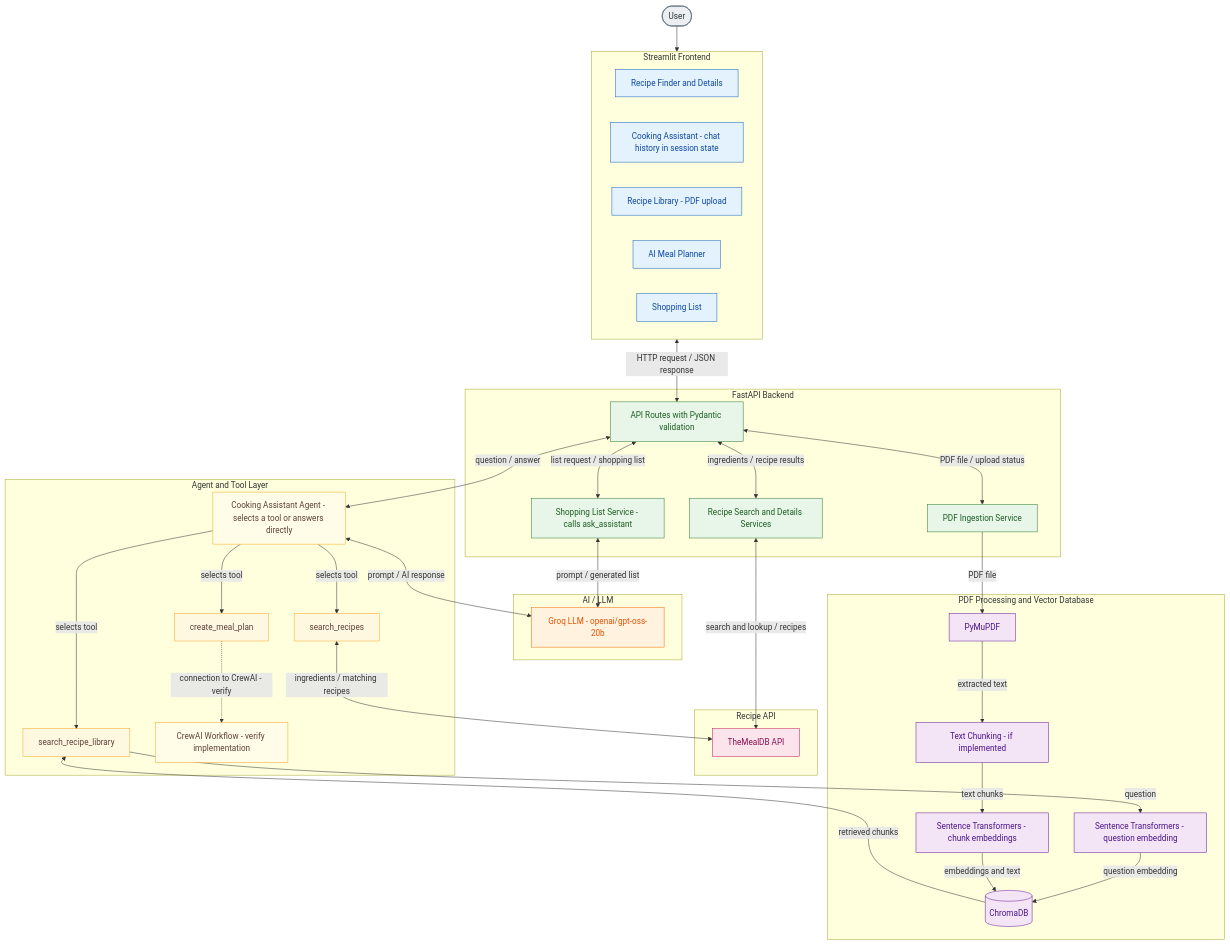
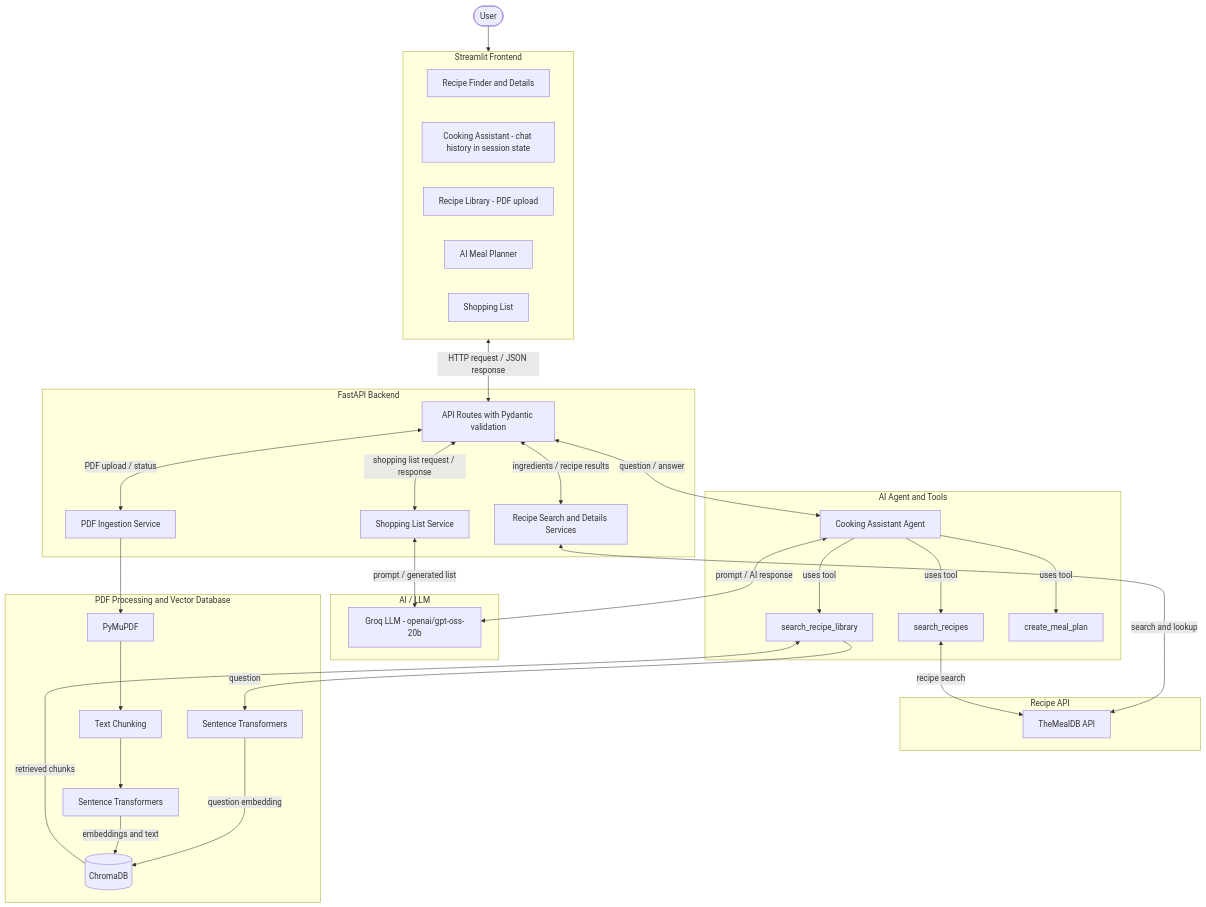
The diagram in sree-lekshmi-h/README.md (mulearngectcr/ai_ig_final_projects), drawn with Mermaid before and after one commit.

````diff
--- a/sree-lekshmi-h/README.md
+++ b/sree-lekshmi-h/README.md
@@ -60,5 +59,5 @@
 ```mermaid
-    flowchart TD
+flowchart TD
     U(["User"])
 
     subgraph FE["Streamlit Frontend"]
@@ -73,15 +72,14 @@
         API["API Routes with Pydantic validation"]
         S1["Recipe Search and Details Services"]
         S4["PDF Ingestion Service"]
-        S7["Shopping List Service - calls ask_assistant"]
+        S7["Shopping List Service"]
     end
 
-    subgraph AGENT["Agent and Tool Layer"]
-        AG["Cooking Assistant Agent - selects a tool or answers directly"]
+    subgraph AGENT["AI Agent and Tools"]
+        AG["Cooking Assistant Agent"]
         T1["search_recipes"]
         T2["search_recipe_library"]
         T3["create_meal_plan"]
-        CREW["CrewAI Workflow - verify implementation"]
     end
 
     subgraph RAPI["Recipe API"]
@@ -94,63 +92,37 @@
 
     subgraph PDFDB["PDF Processing and Vector Database"]
         PYMUPDF["PyMuPDF"]
-        CHUNK["Text Chunking - if implemented"]
-        ST["Sentence Transformers - chunk embeddings"]
-        STQ["Sentence Transformers - question embedding"]
+        CHUNK["Text Chunking"]
+        ST["Sentence Transformers"]
+        STQ["Sentence Transformers"]
         CHROMA[("ChromaDB")]
     end
 
     U --> FE
     FE <-->|"HTTP request / JSON response"| API
 
-    %% Recipe Finder and Details
     API <-->|"ingredients / recipe results"| S1
-    S1 <-->|"search and lookup / recipes"| MEALDB
+    S1 <-->|"search and lookup"| MEALDB
 
-    %% Cooking Assistant
     API <-->|"question / answer"| AG
     AG <-->|"prompt / AI response"| GROQ
-    AG -->|"selects tool"| T1
-    AG -->|"selects tool"| T2
-    AG -->|"selects tool"| T3
 
-    T1 <-->|"ingredients / matching recipes"| MEALDB
+    AG -->|"uses tool"| T1
+    AG -->|"uses tool"| T2
+    AG -->|"uses tool"| T3
 
-    %% PDF Question Answering
+    T1 <-->|"recipe search"| MEALDB
+
     T2 -->|"question"| STQ
     STQ -->|"question embedding"| CHROMA
     CHROMA -->|"retrieved chunks"| T2
 
-    %% Meal Planning - connection needs verification
-    T3 -.->|"connection to CrewAI - verify"| CREW
-
-    %% PDF Upload and Ingestion
-    API <-->|"PDF file / upload status"| S4
-    S4 -->|"PDF file"| PYMUPDF
-    PYMUPDF -->|"extracted text"| CHUNK
-    CHUNK -->|"text chunks"| ST
+    API <-->|"PDF upload / status"| S4
+    S4 --> PYMUPDF
+    PYMUPDF --> CHUNK
+    CHUNK --> ST
     ST -->|"embeddings and text"| CHROMA
 
-    %% Shopping List
-    API <-->|"list request / shopping list"| S7
+    API <-->|"shopping list request / response"| S7
     S7 <-->|"prompt / generated list"| GROQ
-
-    %% Styling
-    classDef user fill:#eceff1,stroke:#455a64,color:#263238
-    classDef frontend fill:#e3f2fd,stroke:#1565c0,color:#0d47a1
-    classDef backend fill:#e8f5e9,stroke:#2e7d32,color:#1b5e20
-    classDef agent fill:#fffde7,stroke:#f9a825,color:#5d4037
-    classDef tool fill:#fff8e1,stroke:#f9a825,color:#5d4037
-    classDef recipe fill:#fce4ec,stroke:#c2185b,color:#880e4f
-    classDef llm fill:#fff3e0,stroke:#ef6c00,color:#e65100
-    classDef pdf fill:#f3e5f5,stroke:#6a1b9a,color:#4a148c
-
-    class U user
-    class F1,F2,F3,F4,F5 frontend
-    class API,S1,S4,S7 backend
-    class AG,CREW agent
-    class T1,T2,T3 tool
-    class MEALDB recipe
-    class GROQ llm
-    class PYMUPDF,CHUNK,ST,STQ,CHROMA pdf
 ```
````
